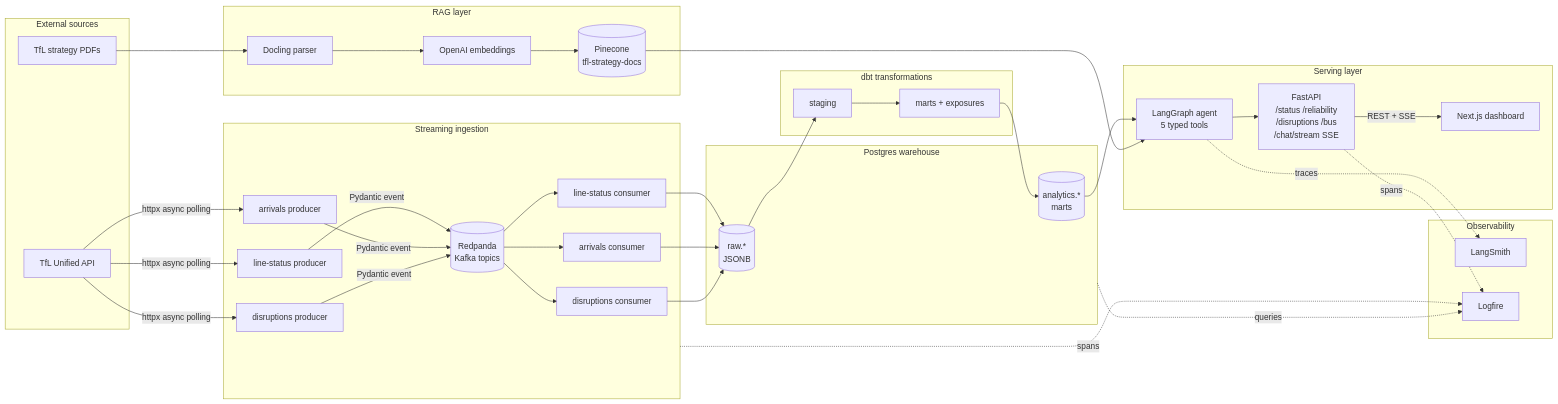
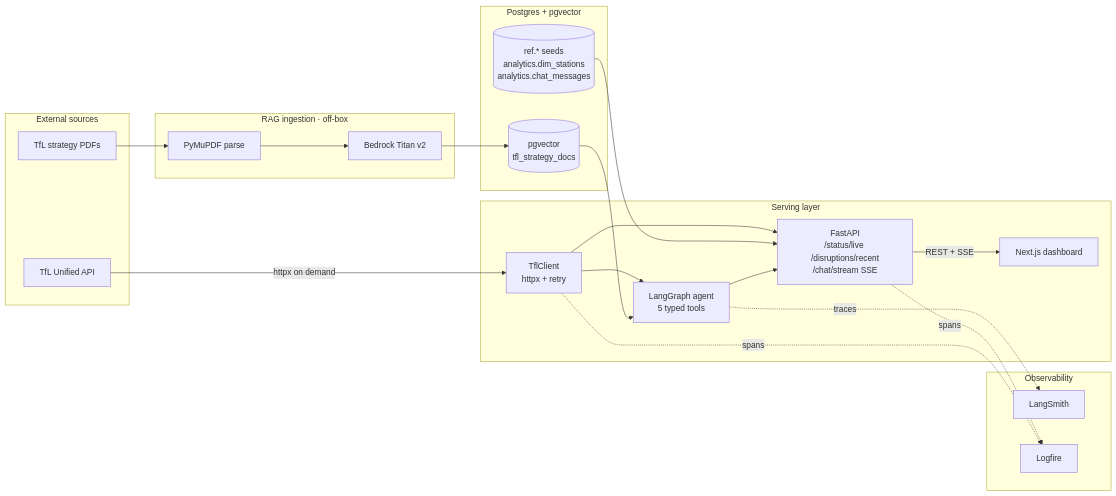
Before and after one commit to hcslomeu/tfl-monitor: the first of 4 diagrams in docs/architecture.md, drawn with Mermaid. The commit also changed other lines of this file and 15 other files, not shown here.

First line of the commit message:
docs: sync mkdocs site with live-proxy architecture (TM-35) (#131)

````diff
--- a/docs/architecture.md
+++ b/docs/architecture.md
@@ -8,65 +10,43 @@
 ```mermaid
 flowchart LR
     subgraph SRC[External sources]
       TFL[TfL Unified API]
       PDF[TfL strategy PDFs]
     end
 
-    subgraph INGEST[Streaming ingestion]
-      P1[line-status producer]
-      P2[arrivals producer]
-      P3[disruptions producer]
-      KAFKA[(Redpanda<br/>Kafka topics)]
-      C1[line-status consumer]
-      C2[arrivals consumer]
-      C3[disruptions consumer]
+    subgraph SERVE[Serving layer]
+      CLIENT[TflClient<br/>httpx + retry]
+      AGENT[LangGraph agent<br/>5 typed tools]
+      API[FastAPI<br/>/status/live /disruptions/recent<br/>/chat/stream SSE]
+      WEB[Next.js dashboard]
     end
 
-    subgraph WAREHOUSE[Postgres warehouse]
-      RAW[(raw.*<br/>JSONB)]
-      ANALYTICS[(analytics.*<br/>marts)]
+    subgraph DATA[Postgres + pgvector]
+      PG[(ref.* seeds<br/>analytics.dim_stations<br/>analytics.chat_messages)]
+      VEC[(pgvector<br/>tfl_strategy_docs)]
     end
 
-    subgraph DBT[dbt transformations]
-      STG[staging]
-      MART[marts + exposures]
-    end
-
-    subgraph RAG[RAG layer]
-      DOCLING[Docling parser]
-      EMB[OpenAI embeddings]
-      PINE[(Pinecone<br/>tfl-strategy-docs)]
-    end
-
-    subgraph SERVE[Serving layer]
-      AGENT[LangGraph agent<br/>5 typed tools]
-      API[FastAPI<br/>/status /reliability<br/>/disruptions /bus<br/>/chat/stream SSE]
-      WEB[Next.js dashboard]
+    subgraph RAG[RAG ingestion · off-box]
+      PYMU[PyMuPDF parse]
+      EMB[Bedrock Titan v2]
     end
 
     subgraph OBS[Observability]
       LS[LangSmith]
       LF[Logfire]
     end
 
-    TFL -->|httpx async polling| P1
-    TFL -->|httpx async polling| P2
-    TFL -->|httpx async polling| P3
-    P1 -->|Pydantic event| KAFKA
-    P2 -->|Pydantic event| KAFKA
-    P3 -->|Pydantic event| KAFKA
-    KAFKA --> C1 --> RAW
-    KAFKA --> C2 --> RAW
-    KAFKA --> C3 --> RAW
-    RAW --> STG --> MART --> ANALYTICS
-    PDF --> DOCLING --> EMB --> PINE
-    ANALYTICS --> AGENT
-    PINE --> AGENT
+    TFL -->|httpx on demand| CLIENT
+    CLIENT --> API
+    CLIENT --> AGENT
+    VEC --> AGENT
+    PG --> API
     AGENT --> API
     API -->|REST + SSE| WEB
 
+    PDF --> PYMU --> EMB --> VEC
+
     AGENT -.traces.-> LS
     API -.spans.-> LF
-    INGEST -.spans.-> LF
-    WAREHOUSE -.queries.-> LF
+    CLIENT -.spans.-> LF
 ```
````
